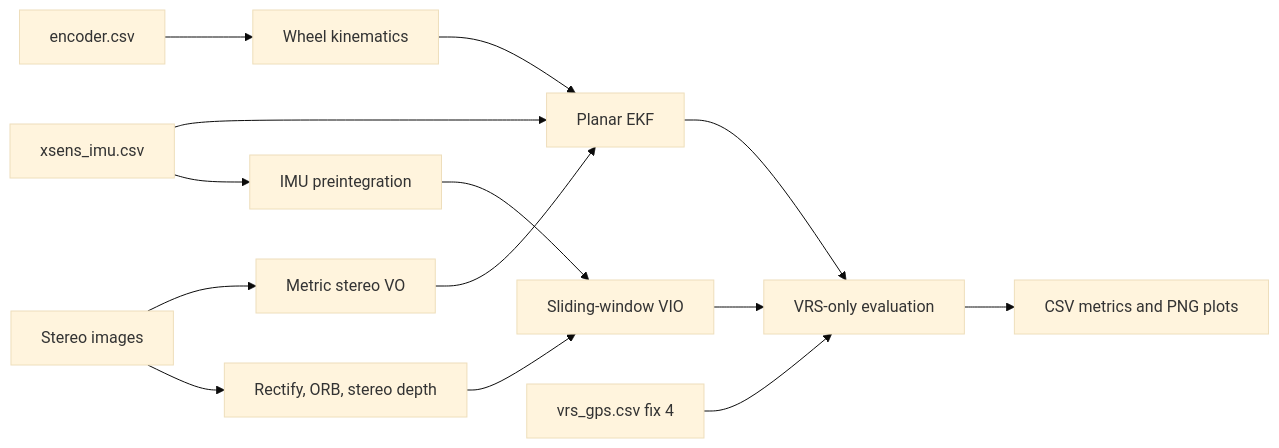
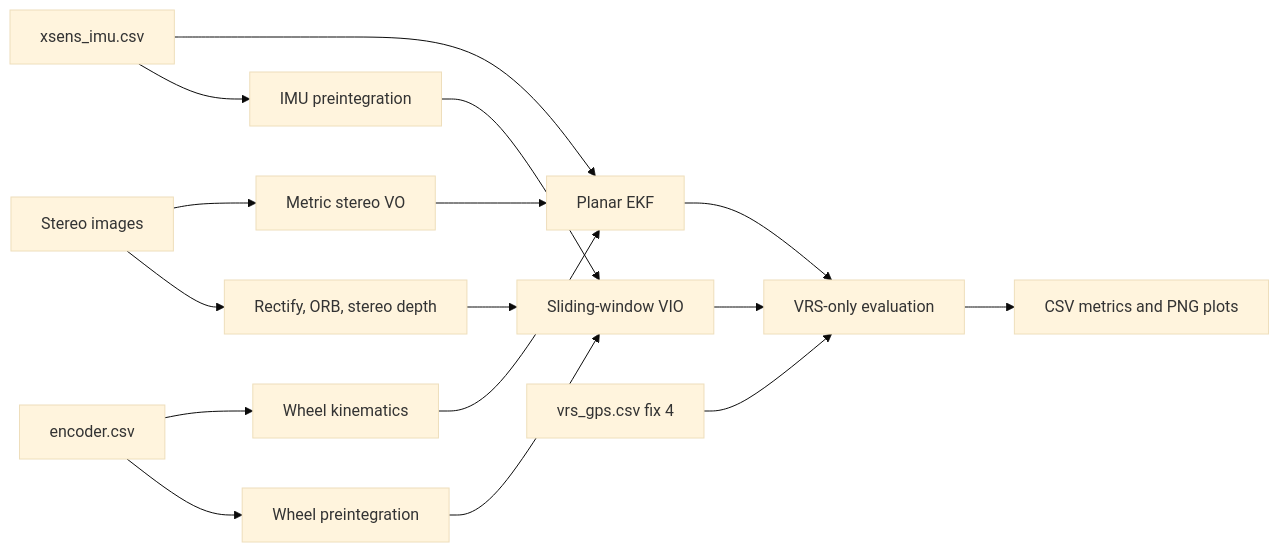
One commit to ruslanbredun-rob/sensors_course_capstone changed the diagram in docs/architecture.md. Above: the diagram before and after it, drawn with Mermaid (base theme). The commit also changed other lines of this file and 7 other files, not shown here.

````diff
--- a/docs/architecture.md
+++ b/docs/architecture.md
@@ -17,18 +17,20 @@
 ```mermaid
 flowchart LR
     ENC[encoder.csv] --> WK[Wheel kinematics]
     IMU[xsens_imu.csv] --> EKF[Planar EKF]
     WK --> EKF
     CAM[Stereo images] --> VO[Metric stereo VO]
     VO --> EKF
 
     CAM --> FEAT[Rectify, ORB, stereo depth]
     IMU --> PRE[IMU preintegration]
+    ENC --> WPRE[Wheel preintegration]
     FEAT --> WIN[Sliding-window VIO]
     PRE --> WIN
+    WPRE --> WIN
 
     EKF --> EVAL[VRS-only evaluation]
     WIN --> EVAL
     GPS[vrs_gps.csv fix 4] --> EVAL
     EVAL --> OUT[CSV metrics and PNG plots]
 ```
````
